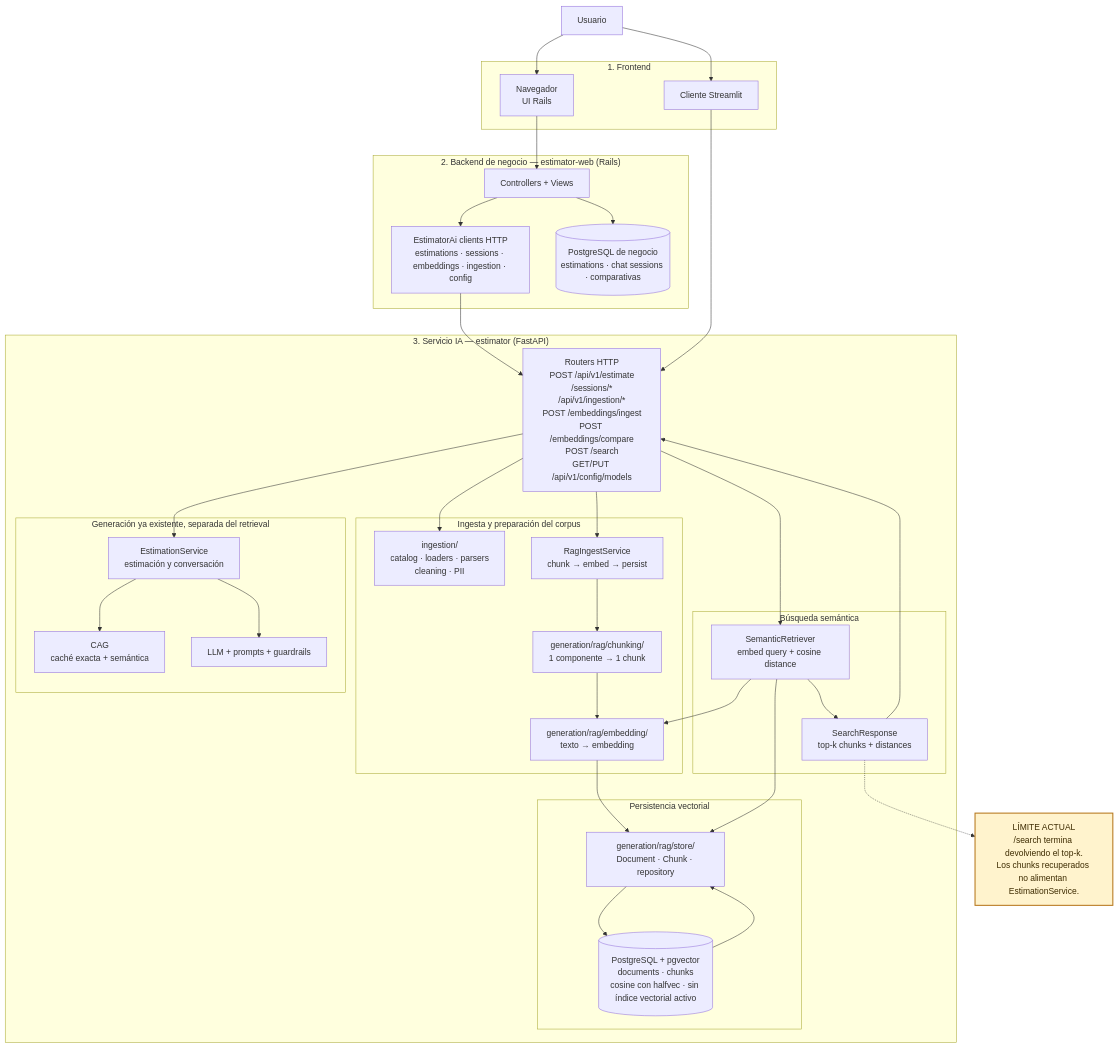
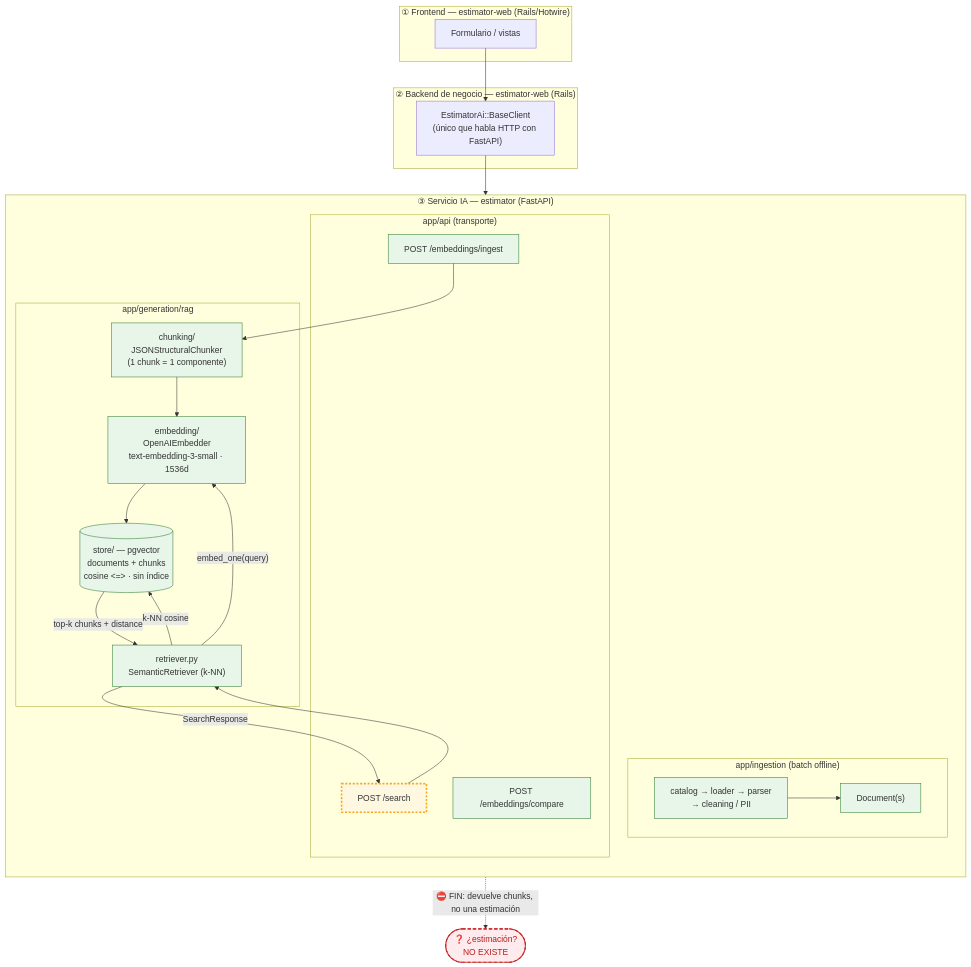
Before and after one commit to tournemonde/ai-engineering: the first of 2 diagrams in arquitectura-actual.md, drawn with Mermaid. The commit also changed other lines of this file and 126 other files, not shown here.

````diff
--- a/arquitectura-actual.md
+++ b/arquitectura-actual.md
@@ -5,71 +27,56 @@
 ```mermaid
 flowchart TB
-    U[Usuario]
-
-    subgraph frontend["1. Frontend"]
-        Browser["Navegador<br/>UI Rails"]
-        Streamlit["Cliente Streamlit"]
+    subgraph FE["① Frontend — estimator-web (Rails/Hotwire)"]
+        UI["Formulario / vistas"]
     end
 
-    subgraph business["2. Backend de negocio — estimator-web (Rails)"]
-        RailsUI["Controllers + Views"]
-        Clients["EstimatorAi clients HTTP<br/>estimations · sessions · embeddings · ingestion · config"]
-        RailsDB[("PostgreSQL de negocio<br/>estimations · chat sessions · comparativas")]
-
-        RailsUI --> Clients
-        RailsUI --> RailsDB
+    subgraph BIZ["② Backend de negocio — estimator-web (Rails)"]
+        AIClient["EstimatorAi::BaseClient<br/>(único que habla HTTP con FastAPI)"]
     end
 
-    subgraph ai["3. Servicio IA — estimator (FastAPI)"]
-        API["Routers HTTP<br/>POST /api/v1/estimate<br/>/sessions/*<br/>/api/v1/ingestion/*<br/>POST /embeddings/ingest<br/>POST /embeddings/compare<br/>POST /search<br/>GET/PUT /api/v1/config/models"]
+    subgraph AI["③ Servicio IA — estimator (FastAPI)"]
+        direction TB
 
-        subgraph offline["Ingesta y preparación del corpus"]
-            Ingestion["ingestion/<br/>catalog · loaders · parsers<br/>cleaning · PII"]
-            Chunker["generation/rag/chunking/<br/>1 componente → 1 chunk"]
-            Embedder["generation/rag/embedding/<br/>texto → embedding"]
-            RagIngest["RagIngestService<br/>chunk → embed → persist"]
+        subgraph API["app/api (transporte)"]
+            EpIngest["POST /embeddings/ingest"]
+            EpSearch["POST /search"]
+            EpCompare["POST /embeddings/compare"]
         end
 
-        subgraph storage["Persistencia vectorial"]
-            Store["generation/rag/store/<br/>Document · Chunk · repository"]
-            Pgvector[("PostgreSQL + pgvector<br/>documents · chunks<br/>cosine con halfvec · sin índice vectorial activo")]
+        subgraph OFFLINE["app/ingestion (batch offline)"]
+            Catalog["catalog → loader → parser<br/>→ cleaning / PII"]
+            Docs["Document(s)"]
+            Catalog --> Docs
         end
 
-        subgraph retrieval["Búsqueda semántica"]
-            Retriever["SemanticRetriever<br/>embed query + cosine distance"]
-            Result["SearchResponse<br/>top-k chunks + distances"]
+        subgraph RAG["app/generation/rag"]
+            Chunk["chunking/<br/>JSONStructuralChunker<br/>(1 chunk = 1 componente)"]
+            Embed["embedding/<br/>OpenAIEmbedder<br/>text-embedding-3-small · 1536d"]
+            Store[("store/ — pgvector<br/>documents + chunks<br/>cosine &lt;=&gt; · sin índice")]
+            Retr["retriever.py<br/>SemanticRetriever (k-NN)"]
         end
-
-        subgraph existing_generation["Generación ya existente, separada del retrieval"]
-            Estimation["EstimationService<br/>estimación y conversación"]
-            CAG["CAG<br/>caché exacta + semántica"]
-            LLM["LLM + prompts + guardrails"]
-        end
-
-        API --> Ingestion
-        API --> RagIngest
-        RagIngest --> Chunker --> Embedder --> Store --> Pgvector
-
-        API --> Retriever
-        Retriever --> Embedder
-        Retriever --> Store
-        Pgvector --> Store
-        Retriever --> Result
-        Result --> API
-
-        API --> Estimation
-        Estimation --> CAG
-        Estimation --> LLM
     end
 
-    U --> Browser --> RailsUI
-    U --> Streamlit
-    Clients --> API
-    Streamlit --> API
+    UI --> AIClient --> EpSearch
 
-    Stop["LÍMITE ACTUAL<br/>/search termina devolviendo el top-k.<br/>Los chunks recuperados no alimentan EstimationService."]
-    Result -.-> Stop
+    %% Camino de ingesta (online, presupuesto a presupuesto)
+    EpIngest --> Chunk --> Embed --> Store
 
-    classDef boundary fill:#fff3cd,stroke:#b7791f,stroke-width:2px,color:#3d2b00;
-    class Stop boundary;
+    %% Camino de búsqueda
+    EpSearch --> Retr
+    Retr -->|"embed_one(query)"| Embed
+    Retr -->|"k-NN cosine"| Store
+    Store -->|"top-k chunks + distance"| Retr
+    Retr -->|"SearchResponse"| EpSearch
+
+    %% AQUÍ ACABA TODO
+    EpSearch -. "⛔ FIN: devuelve chunks, no una estimación" .-> END(["❓ ¿estimación?<br/>NO EXISTE"])
+
+    classDef done fill:#e8f5e9,stroke:#2e7d32,stroke-width:1px;
+    classDef edge fill:#fff8e1,stroke:#f9a825,stroke-width:3px,stroke-dasharray:4 3;
+    classDef missing fill:#ffebee,stroke:#c62828,stroke-width:2px,stroke-dasharray:6 4,color:#b71c1c;
+
+    class Catalog,Docs,Chunk,Embed,Store,Retr,EpIngest,EpCompare done;
+    class EpSearch edge;
+    class END missing;
 ```
````
